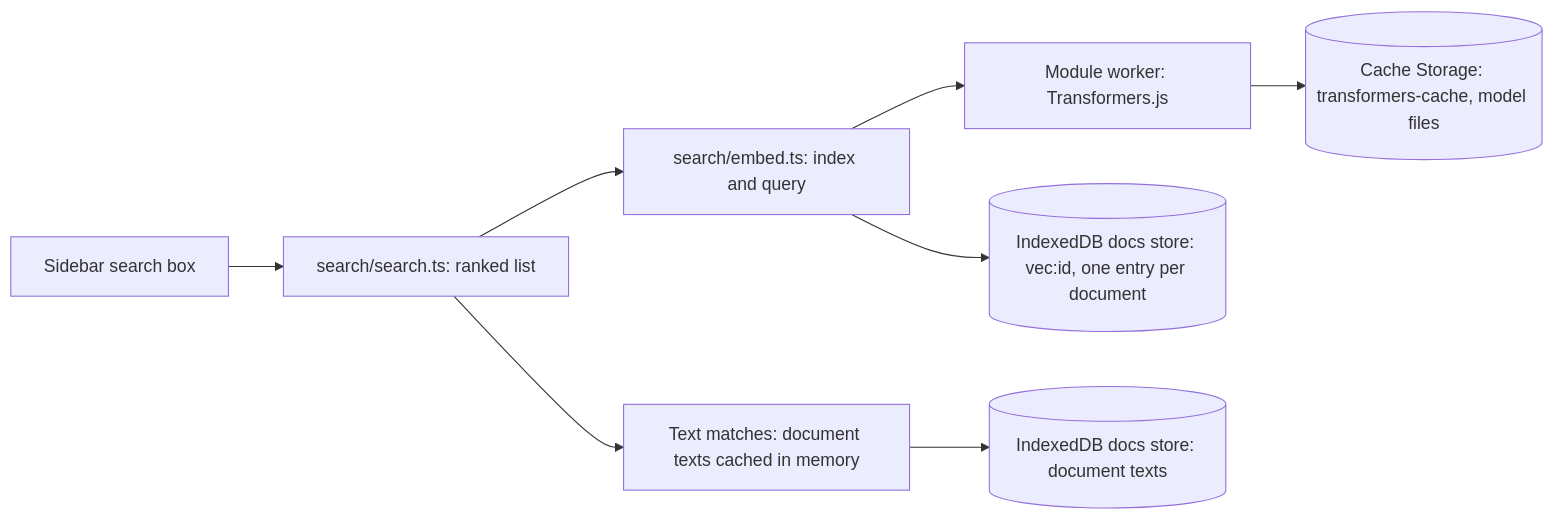
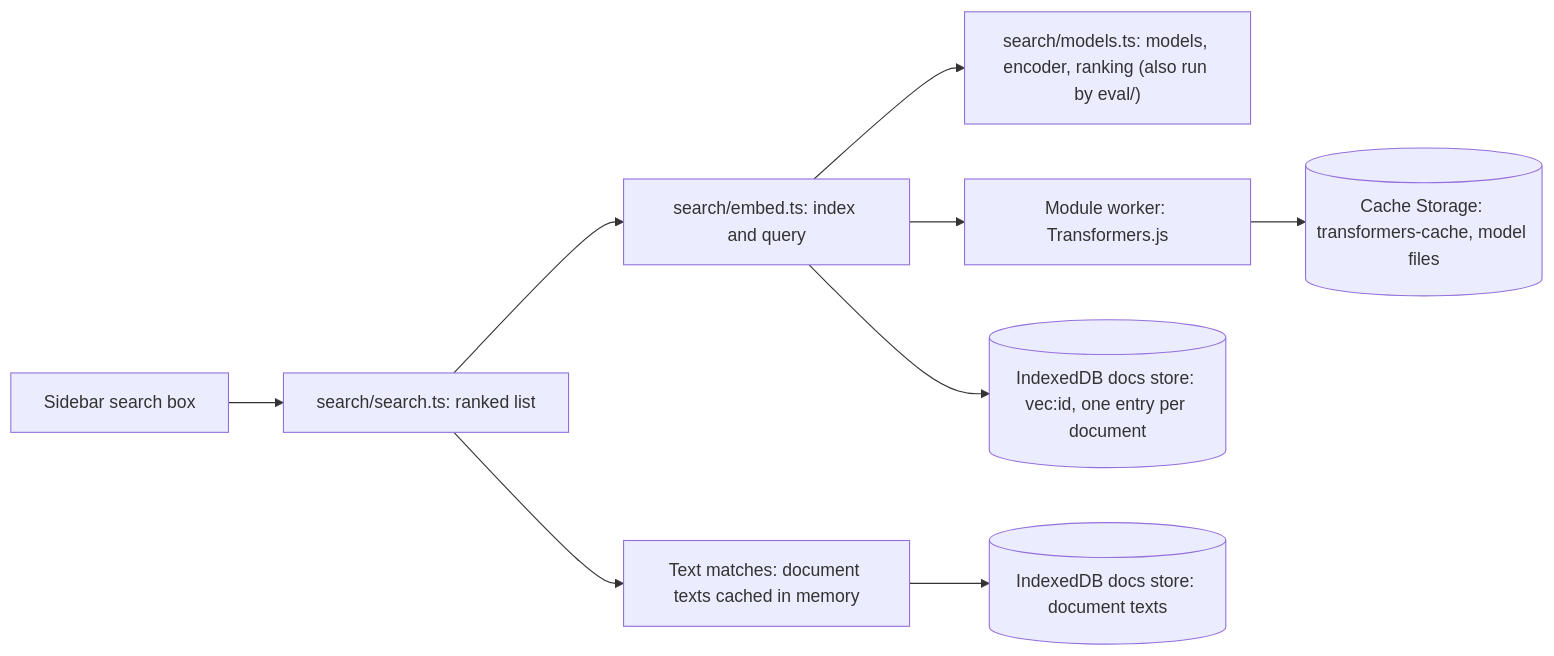
The first of 4 diagrams in dev/tools/js/mars/README.md (secutils-dev/secutils), drawn with Mermaid before and after one commit. The commit also changed other lines of this file and 41 other files, not shown here.

Commit message:
feat(mars): evaluate smart search and pick models by measured quality

````diff
--- a/dev/tools/js/mars/README.md
+++ b/dev/tools/js/mars/README.md
@@ -53,10 +54,11 @@
 ```mermaid
 flowchart LR
     box["Sidebar search box"] --> search["search/search.ts: ranked list"]
     search --> text["Text matches: document texts cached in memory"]
     search --> embed["search/embed.ts: index and query"]
+    embed --> shared["search/models.ts: models, encoder, ranking (also run by eval/)"]
     embed --> worker["Module worker: Transformers.js"]
     worker --> models[("Cache Storage: transformers-cache, model files")]
     embed --> vec[("IndexedDB docs store: vec:id, one entry per document")]
     text --> docs[("IndexedDB docs store: document texts")]
 ```
````
